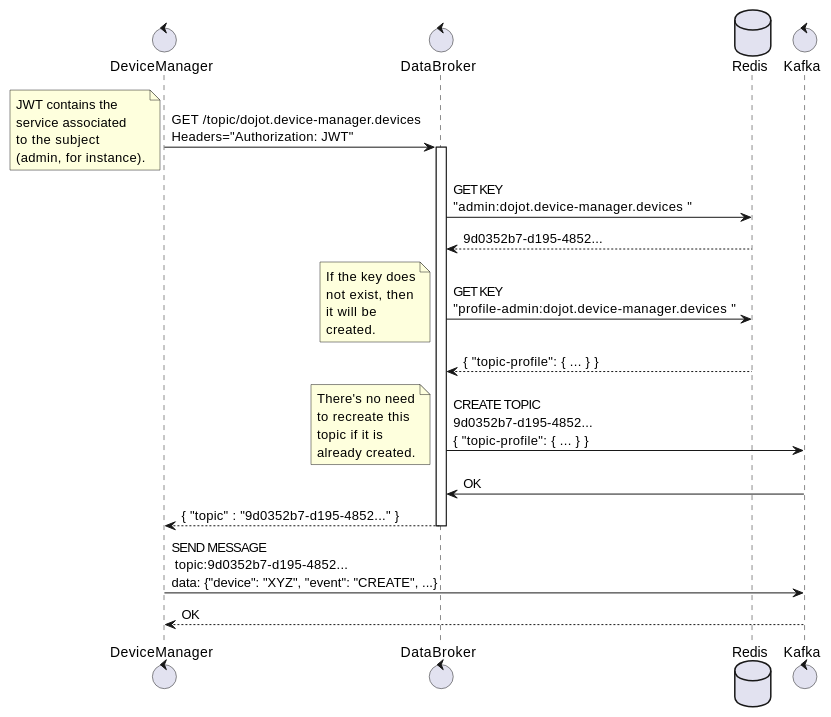
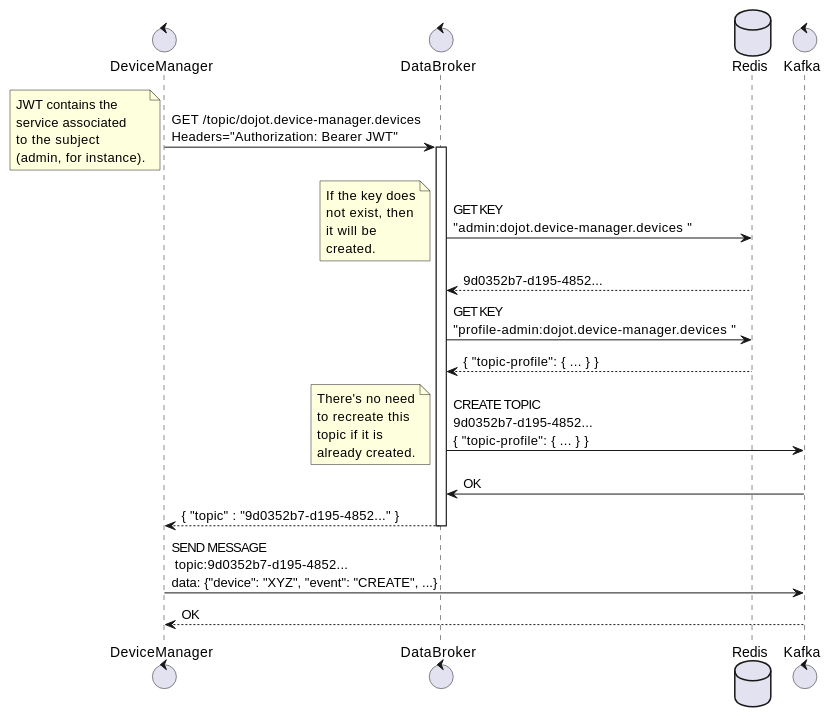
One commit to dojot/docs changed the fourth of 12 diagrams in source/internal-communication.rst. Above: the diagram before and after it, drawn with PlantUML. The commit also changed other lines of this file, not shown here.

```diff
--- a/source/internal-communication.rst
+++ b/source/internal-communication.rst
@@ -133,39 +149,39 @@
 .. uml::
    :caption: Retrieving Kafka topics
    :align: center
 
    control DeviceManager
    control DataBroker
    database Redis
    control Kafka
 
-   DeviceManager -> DataBroker: GET /topic/dojot.device-manager.devices \nHeaders="Authorization: JWT"
+   DeviceManager -> DataBroker: GET /topic/dojot.device-manager.devices \nHeaders="Authorization: Bearer JWT"
    note left
      JWT contains the
      service associated
      to the subject
      (admin, for instance).
    end note
    activate DataBroker
    DataBroker -> Redis: GET KEY\n"admin:dojot.device-manager.devices "
-   Redis --> DataBroker: 9d0352b7-d195-4852...
-   DataBroker -> Redis: GET KEY\n"profile-admin:dojot.device-manager.devices "
    note left
      If the key does
      not exist, then
      it will be
      created.
    end note
+   Redis --> DataBroker: 9d0352b7-d195-4852...
+   DataBroker -> Redis: GET KEY\n"profile-admin:dojot.device-manager.devices "
    Redis --> DataBroker: { "topic-profile": { ... } }
    DataBroker -> Kafka: CREATE TOPIC \n9d0352b7-d195-4852...\n{ "topic-profile": { ... } }
    note left
      There's no need
      to recreate this
      topic if it is
      already created.
    end note
    Kafka -> DataBroker: OK
    DataBroker --> DeviceManager: { "topic" : "9d0352b7-d195-4852..." }
    deactivate DataBroker
    DeviceManager -> Kafka: SEND MESSAGE\n topic:9d0352b7-d195-4852...\ndata: {"device": "XYZ", "event": "CREATE", ...}
    Kafka --> DeviceManager: OK
```
